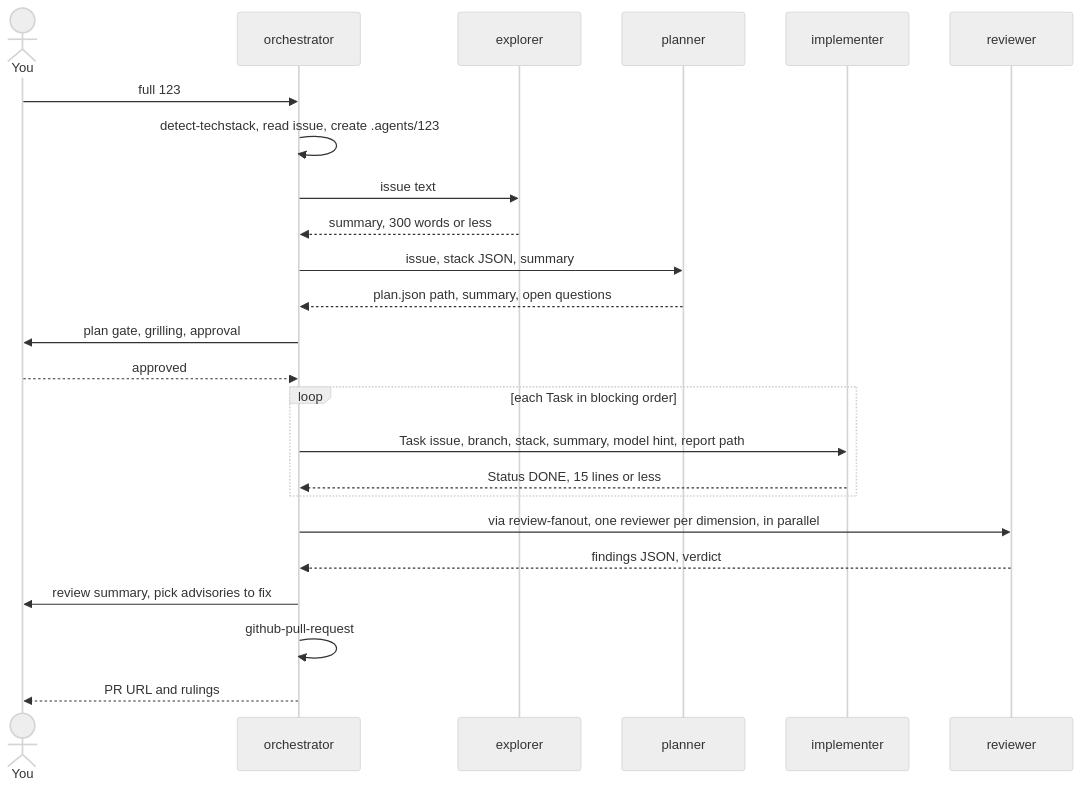
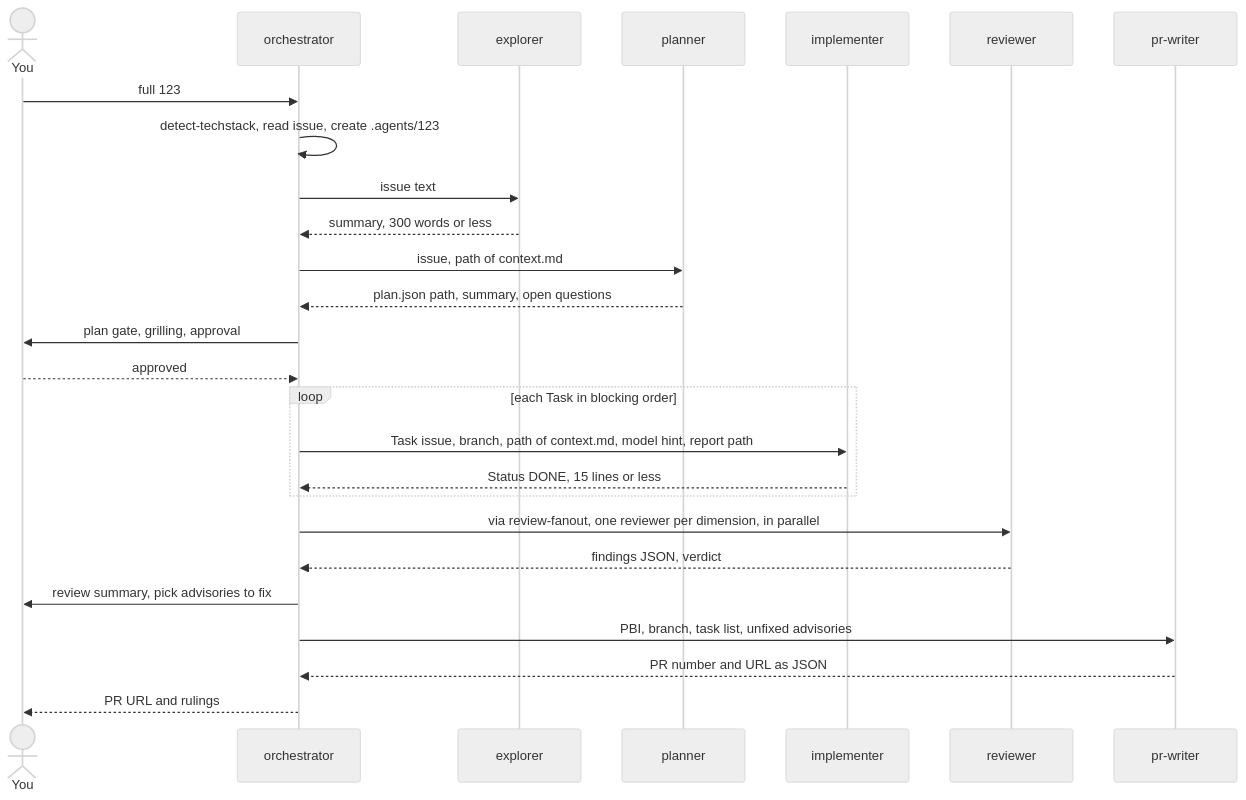
Before and after one commit to GravionLabs/apm-hub: the third of 10 diagrams in docs/orchestrator.md, drawn with Mermaid (neutral theme). The commit also changed other lines of this file and 6 other files, not shown here.

First line of the commit message:
feat(agents): pr-writer subagent opens the PR and returns only its number and URL (#305)

````diff
--- a/docs/orchestrator.md
+++ b/docs/orchestrator.md
@@ -79,26 +82,28 @@
 ```mermaid
 sequenceDiagram
     actor U as You
     participant O as orchestrator
     participant E as explorer
     participant P as planner
     participant I as implementer
     participant R as reviewer
+    participant W as pr-writer
     U->>O: full 123
     O->>O: detect-techstack, read issue, create .agents/123
     O->>E: issue text
     E-->>O: summary, 300 words or less
-    O->>P: issue, stack JSON, summary
+    O->>P: issue, path of context.md
     P-->>O: plan.json path, summary, open questions
     O->>U: plan gate, grilling, approval
     U-->>O: approved
     loop each Task in blocking order
-        O->>I: Task issue, branch, stack, summary, model hint, report path
+        O->>I: Task issue, branch, path of context.md, model hint, report path
         I-->>O: Status DONE, 15 lines or less
     end
     O->>R: via review-fanout, one reviewer per dimension, in parallel
     R-->>O: findings JSON, verdict
     O->>U: review summary, pick advisories to fix
-    O->>O: github-pull-request
+    O->>W: PBI, branch, task list, unfixed advisories
+    W-->>O: PR number and URL as JSON
     O-->>U: PR URL and rulings
 ```
````
